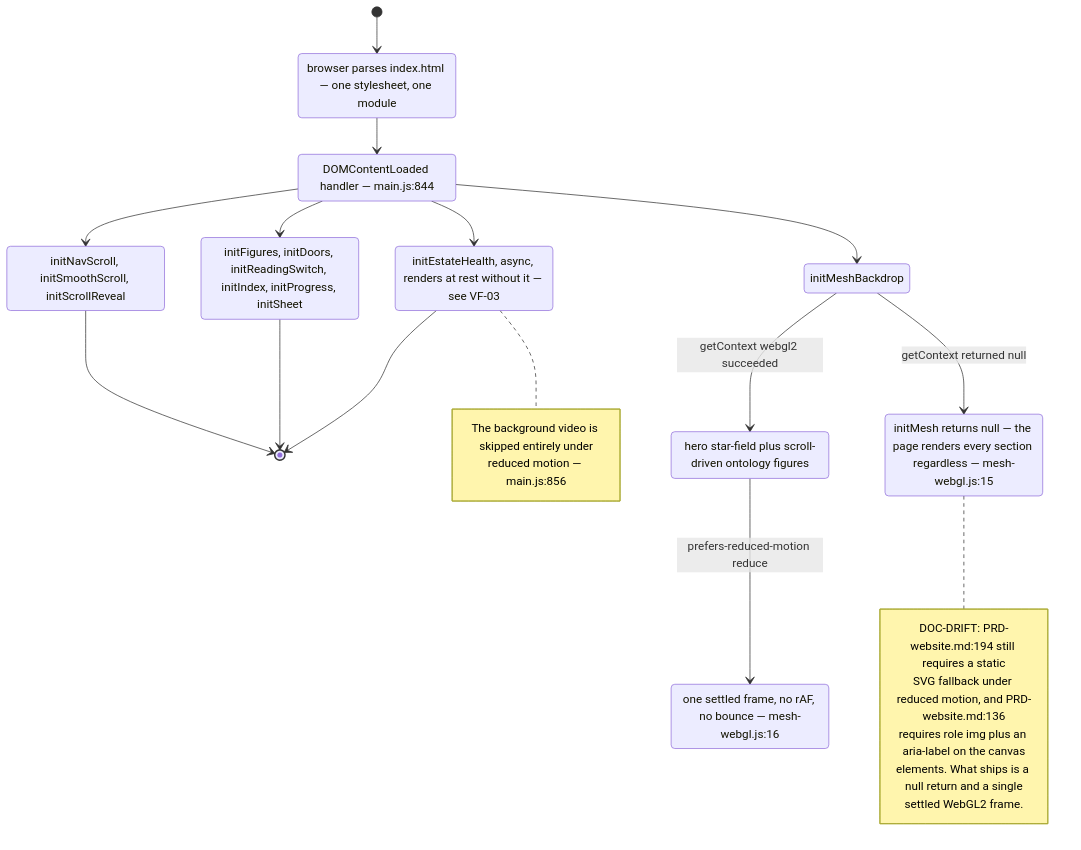
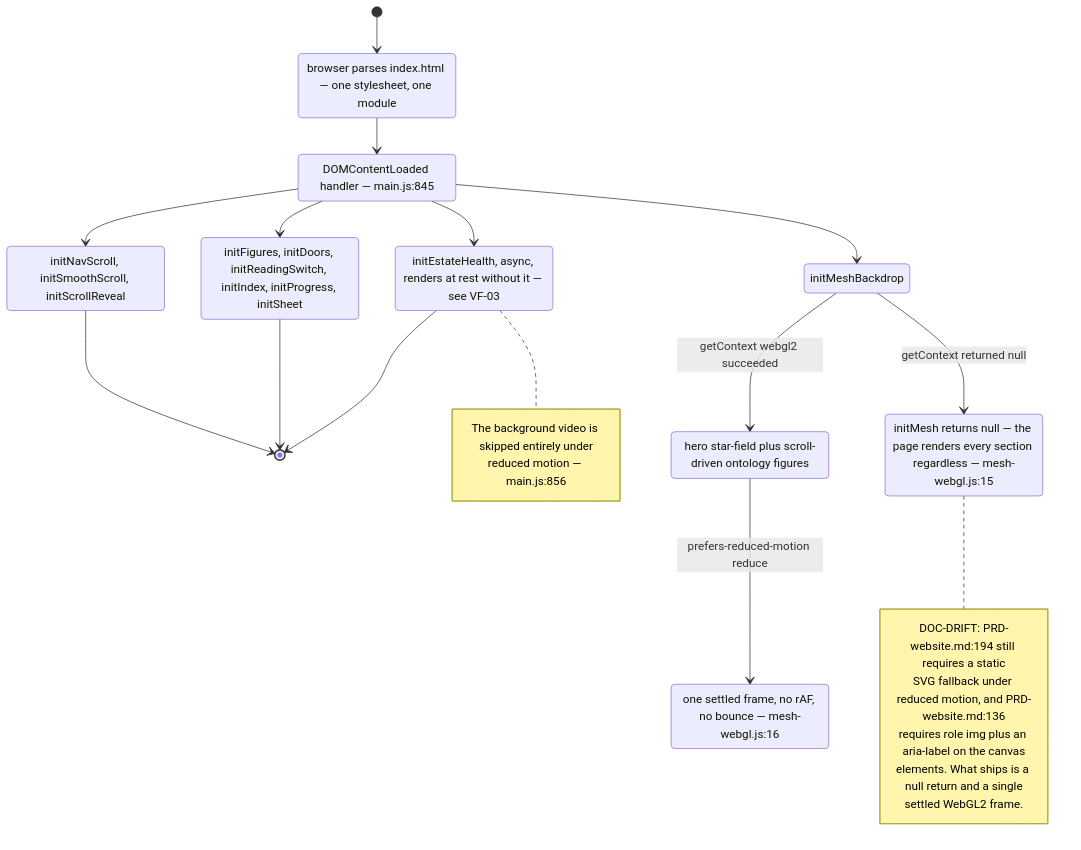
Diagram 12 of 12 in docs/diagrams/visionflow/02-website-build-and-deploy.md (DreamLab-AI/VisionFlow), drawn with Mermaid before and after one commit. The commit also changed other lines of this file and 51 other files, not shown here.

First line of the commit message:
docs(diagrams): agentbox AB-01..13 re-attested anchor by anchor (980 anchors, 22 defects); checkpoint against an out-of-mesh writer

````diff
--- a/docs/diagrams/visionflow/02-website-build-and-deploy.md
+++ b/docs/diagrams/visionflow/02-website-build-and-deploy.md
@@ -337,36 +337,36 @@
 ```mermaid
 stateDiagram-v2
     direction TB
     [*] --> Parse
     state "browser parses index.html — one stylesheet, one module" as Parse
     Parse --> DOMReady
-    state "DOMContentLoaded handler — main.js:844" as DOMReady
+    state "DOMContentLoaded handler — main.js:845" as DOMReady
     DOMReady --> Nav
     DOMReady --> Sections
     DOMReady --> Estate
     DOMReady --> Mesh
     state "initNavScroll, initSmoothScroll, initScrollReveal" as Nav
     state "initFigures, initDoors, initReadingSwitch, initIndex, initProgress, initSheet" as Sections
     state "initEstateHealth, async, renders at rest without it — see VF-03" as Estate
     state "initMeshBackdrop" as Mesh
     Mesh --> WebGL2Yes : getContext webgl2 succeeded
     Mesh --> WebGL2No : getContext returned null
     state "initMesh returns null — the page renders every section regardless — mesh-webgl.js:15" as WebGL2No
     state "hero star-field plus scroll-driven ontology figures" as WebGL2Yes
     WebGL2Yes --> Reduced : prefers-reduced-motion reduce
     state "one settled frame, no rAF, no bounce — mesh-webgl.js:16" as Reduced
     Nav --> [*]
     Sections --> [*]
     Estate --> [*]
     note right of Estate
       The background video is skipped entirely under
       reduced motion — main.js:856
     end note
     note right of WebGL2No
       DOC-DRIFT: PRD-website.md:194 still requires a static
       SVG fallback under reduced motion, and PRD-website.md:136
       requires role img plus an aria-label on the canvas
       elements. What ships is a null return and a single
       settled WebGL2 frame.
     end note
 ```
````
